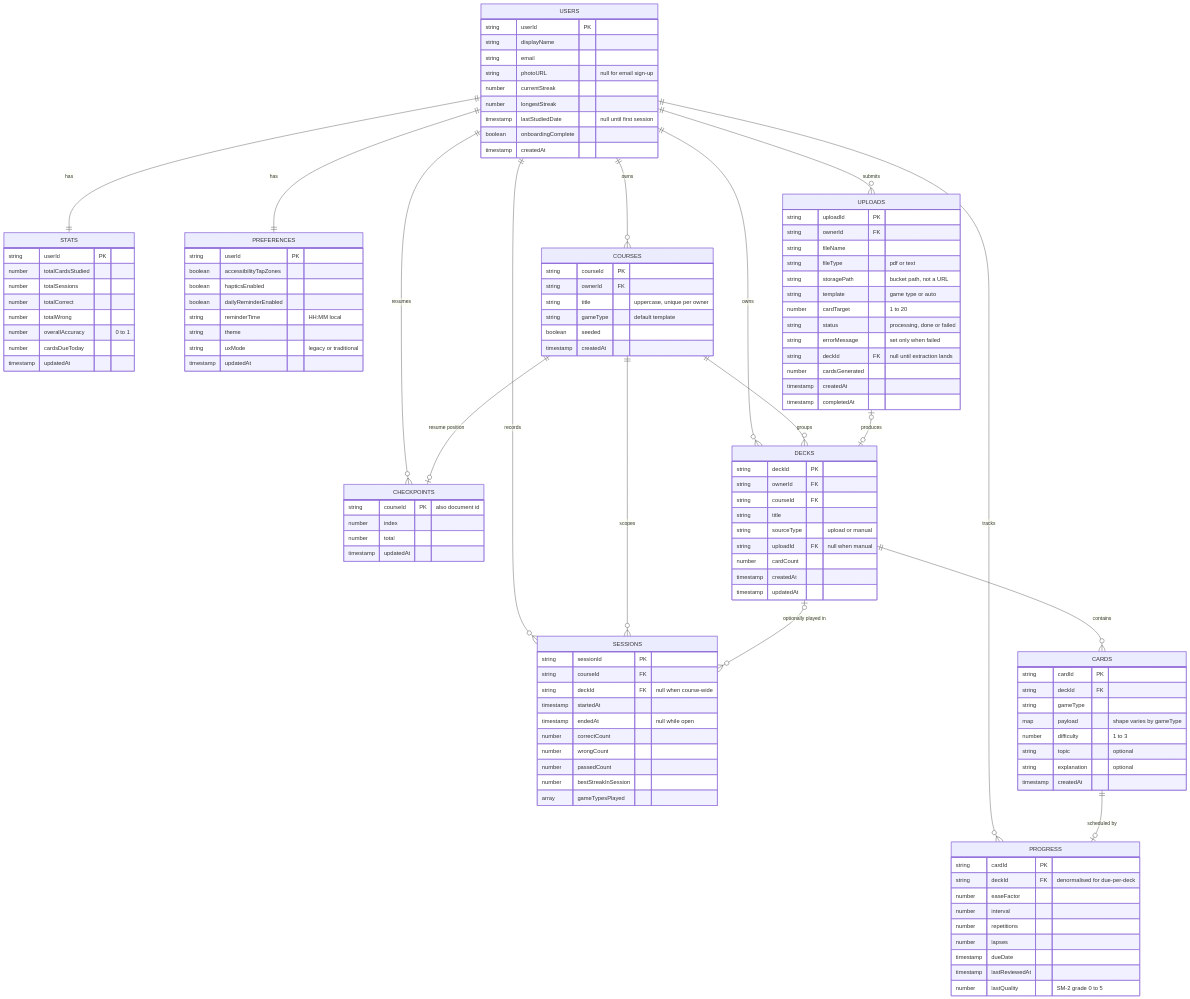
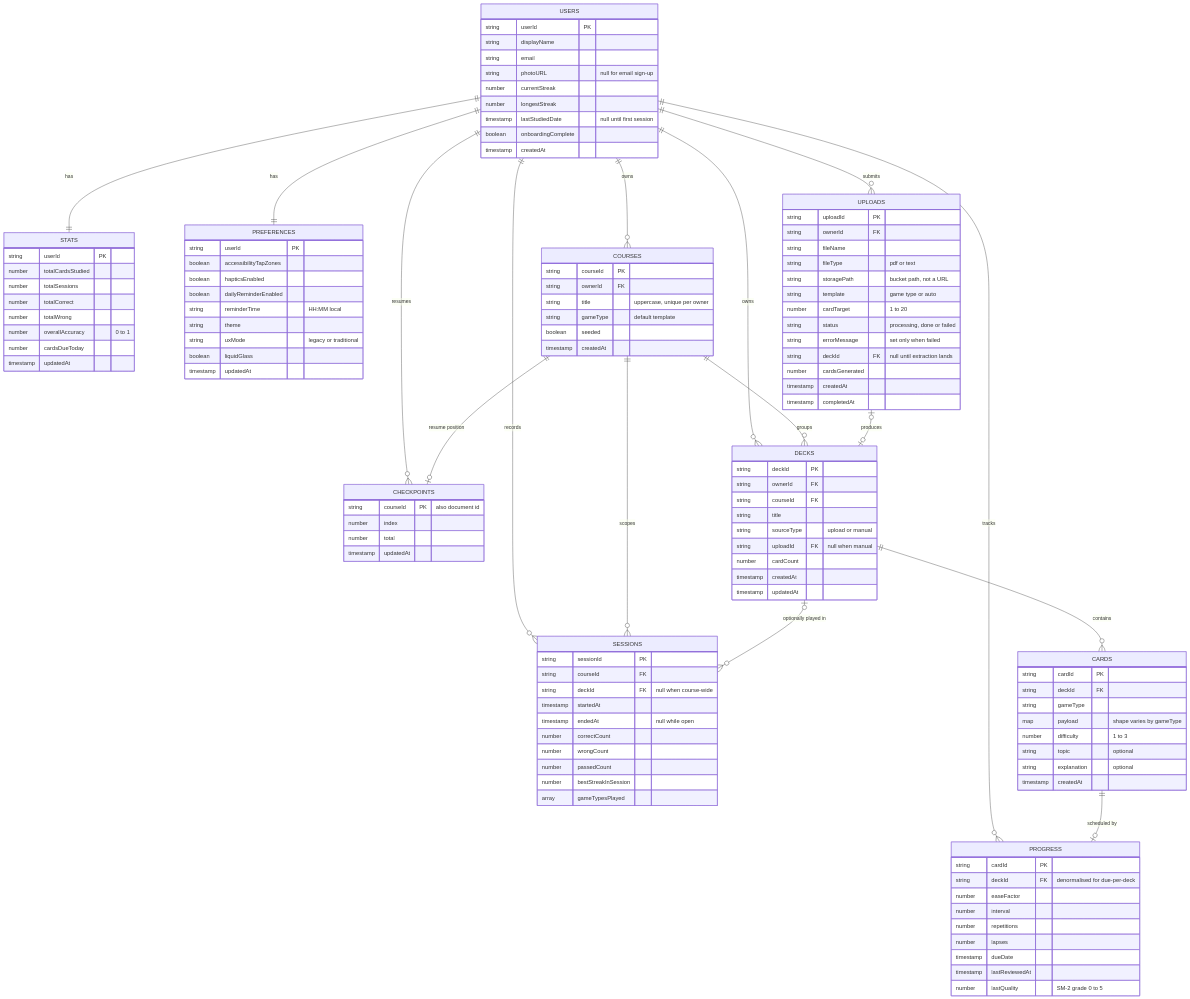
Before and after one commit to wrapperik/cardinal: the diagram in docs/erd.md, drawn with Mermaid. The commit also changed 9 other files, not shown here.

First line of the commit message:
Add Liquid Glass course bar with a Settings toggle

```diff
--- a/docs/erd.md
+++ b/docs/erd.md
@@ -59,6 +59,7 @@
         string reminderTime "HH:MM local"
         string theme
         string uxMode "legacy or traditional"
+        boolean liquidGlass
         timestamp updatedAt
     }
 
```
